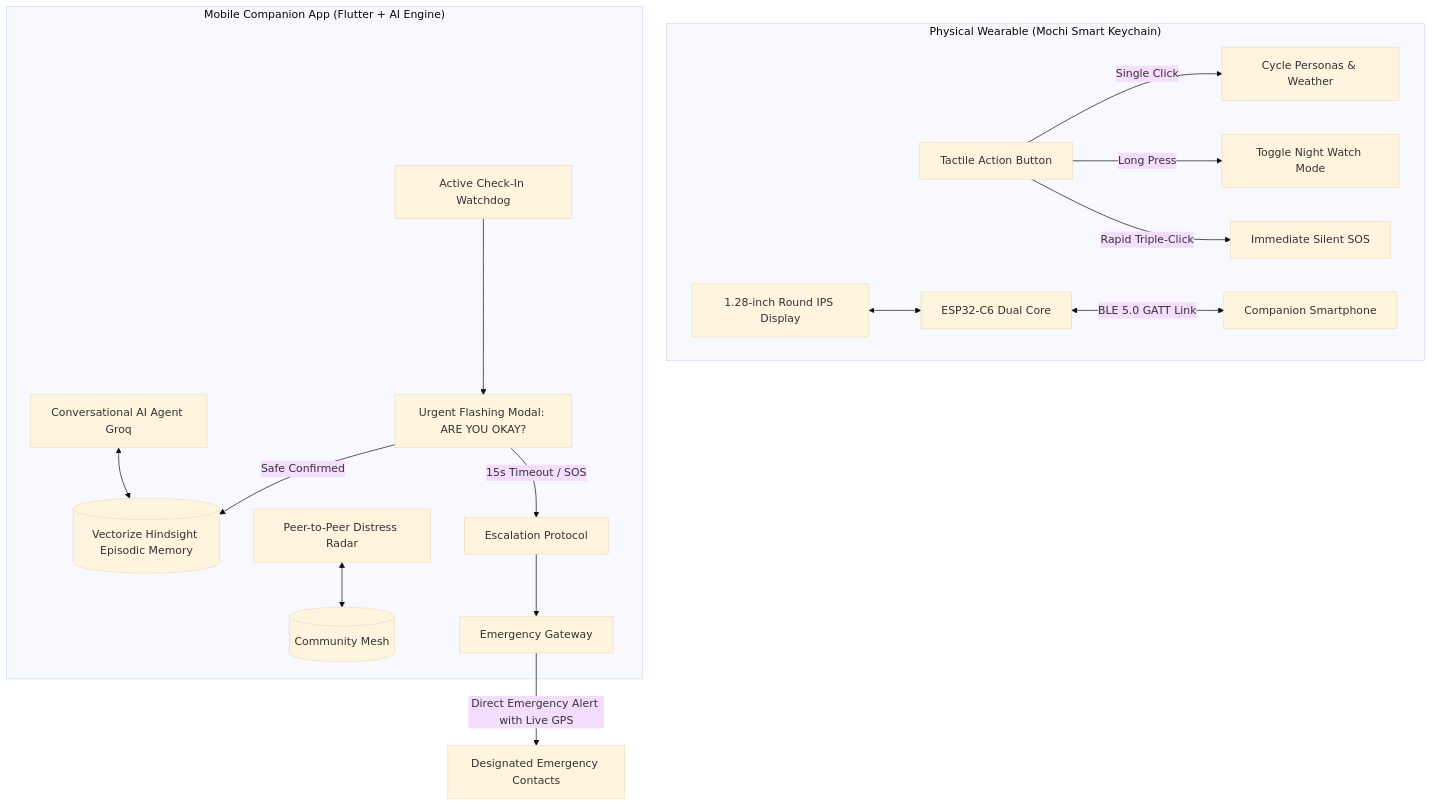
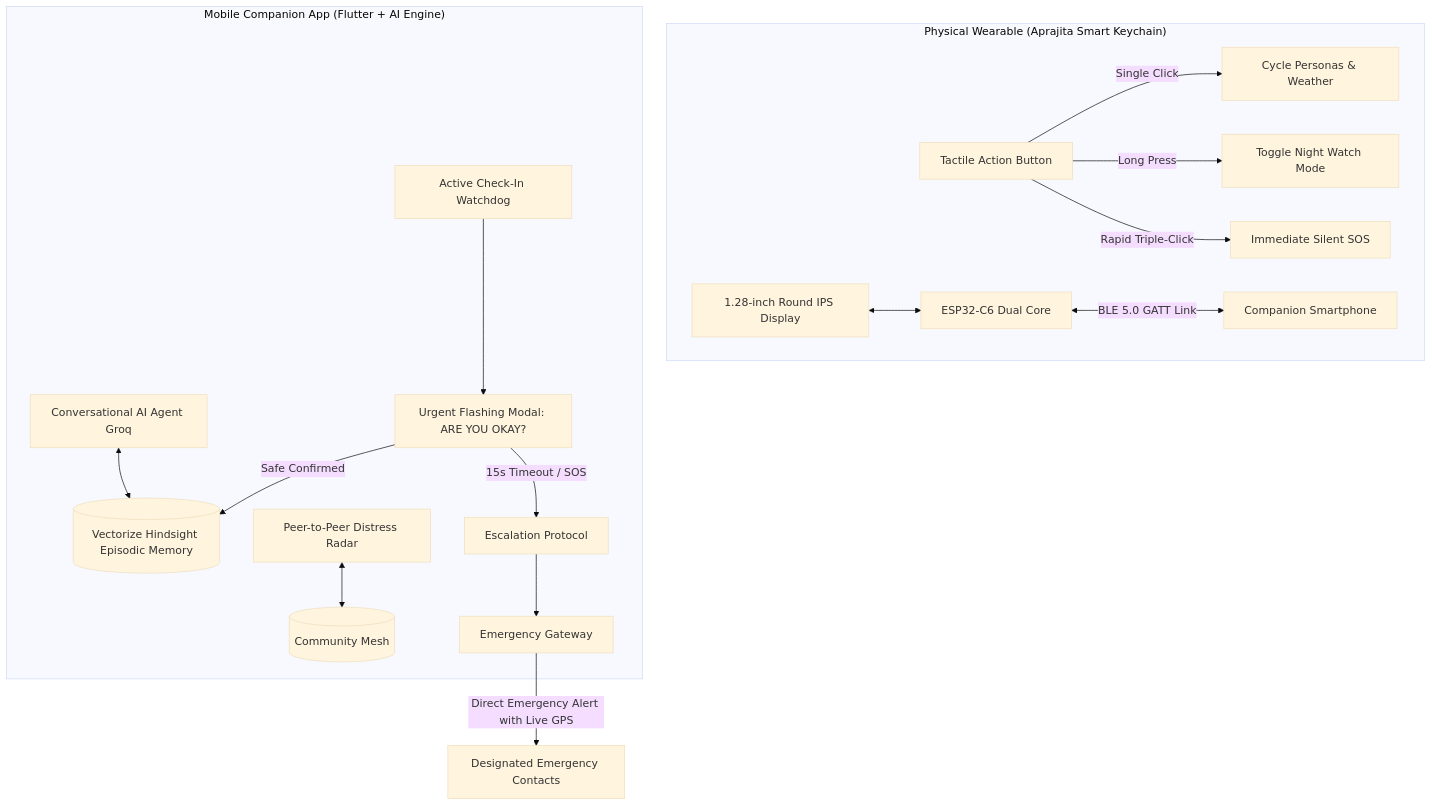
The diagram in README.md (addieio/Aprajita), drawn with Mermaid (base theme) before and after one commit. The commit also changed other lines of this file and 13 other files, not shown here.

Commit message:
refactor: rename Mochi to Aprajita across codebase and documentation

````diff
--- a/README.md
+++ b/README.md
@@ -13,22 +13,22 @@
 ```mermaid
 graph TD
-    subgraph "Physical Wearable (Mochi Smart Keychain)"
+    subgraph "Physical Wearable (Aprajita Smart Keychain)"
         BTN[Tactile Action Button] -->|Single Click| MODE[Cycle Personas & Weather]
         BTN -->|Long Press| NIGHT[Toggle Night Watch Mode]
         BTN -->|Rapid Triple-Click| HARD_SOS[Immediate Silent SOS]
         DISP[1.28-inch Round IPS Display] <--> ESP[ESP32-C6 Dual Core]
         ESP <-->|BLE 5.0 GATT Link| PHONE
     end
 
     subgraph "Mobile Companion App (Flutter + AI Engine)"
         PHONE[Companion Smartphone]
         AI[Conversational AI Agent Groq] <--> MEM[(Vectorize Hindsight Episodic Memory)]
         WATCHDOG[Active Check-In Watchdog] --> FLASH[Urgent Flashing Modal: ARE YOU OKAY?]
         FLASH -->|Safe Confirmed| MEM
         FLASH -->|15s Timeout / SOS| ESCALATE[Escalation Protocol]
         RADAR[Peer-to-Peer Distress Radar] <--> P2P[(Community Mesh)]
         ESCALATE --> GATEWAY[Emergency Gateway]
     end
 
     GATEWAY -->|Direct Emergency Alert with Live GPS| CONTACTS[Designated Emergency Contacts]
 ```
````
